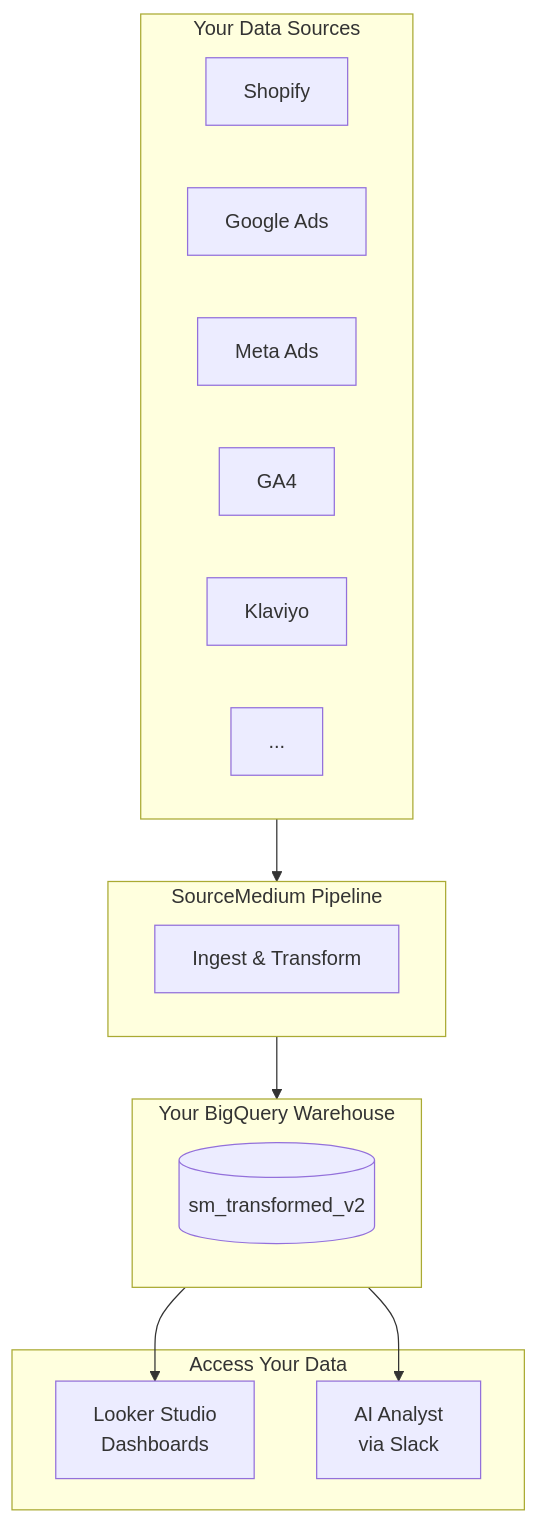
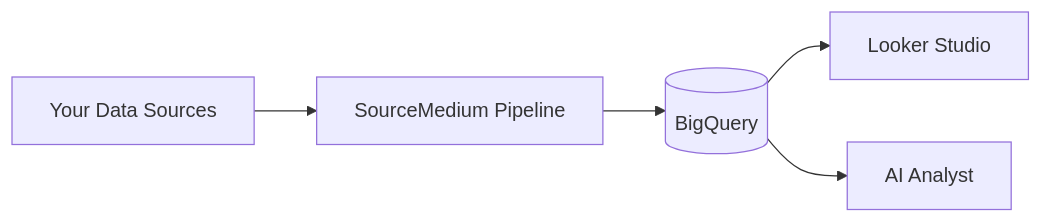
Before and after one commit to source-medium/sourcemedium-docs: the diagram in ai-analyst/setup.mdx, drawn with Mermaid. The commit also changed other lines of this file, not shown here.

Commit message:
docs(ai-analyst): simplify mermaid diagram
Remove subgraphs, use simple linear flow:
Sources → Pipeline → BigQuery → [Looker Studio | AI Analyst]

````diff
--- a/ai-analyst/setup.mdx
+++ b/ai-analyst/setup.mdx
@@ -12,29 +12,7 @@
 ```mermaid
-flowchart TB
-    subgraph sources["Your Data Sources"]
-        S1[Shopify]
-        S2[Google Ads]
-        S3[Meta Ads]
-        S4[GA4]
-        S5[Klaviyo]
-        S6[...]
-    end
-
-    subgraph pipeline["SourceMedium Pipeline"]
-        P1[Ingest & Transform]
-    end
-
-    subgraph warehouse["Your BigQuery Warehouse"]
-        W1[(sm_transformed_v2)]
-    end
-
-    subgraph access["Access Your Data"]
-        A1[Looker Studio<br/>Dashboards]
-        A2[AI Analyst<br/>via Slack]
-    end
-
-    sources --> pipeline
-    pipeline --> warehouse
-    warehouse --> A1
-    warehouse --> A2
+flowchart LR
+    A[Your Data Sources] --> B[SourceMedium Pipeline]
+    B --> C[(BigQuery)]
+    C --> D[Looker Studio]
+    C --> E[AI Analyst]
 ```
````
